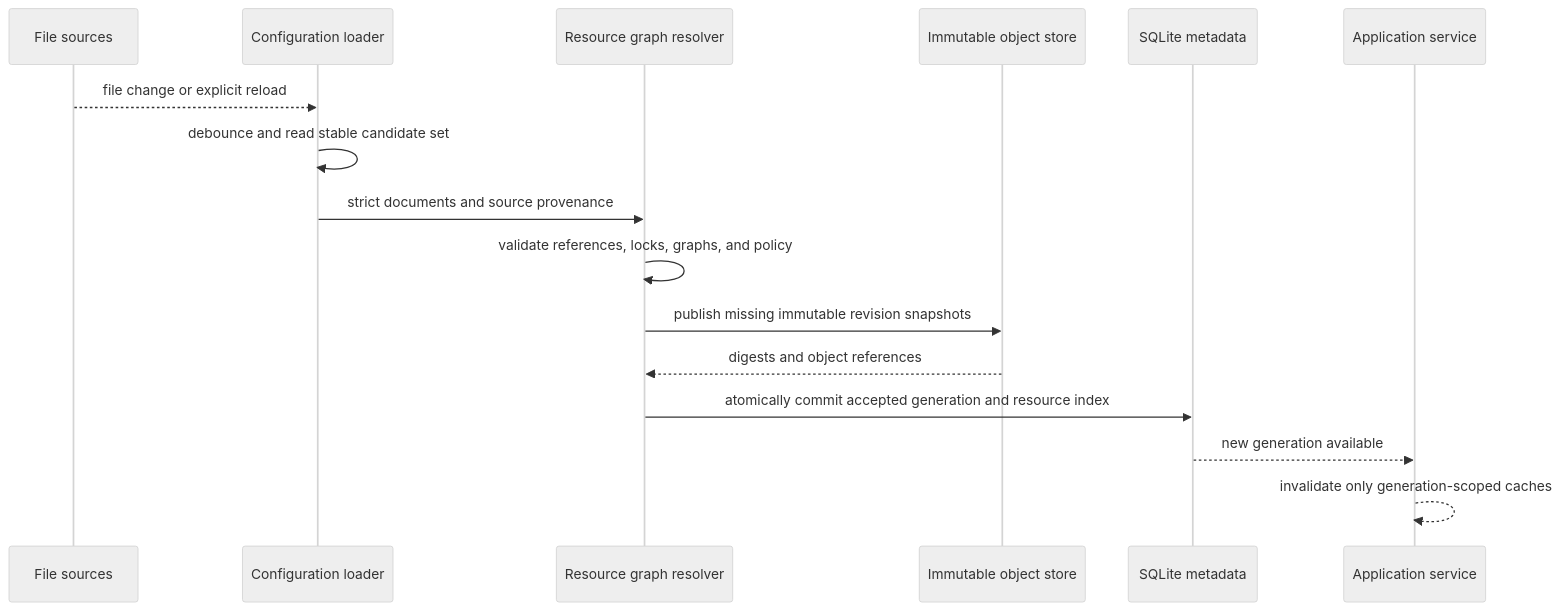
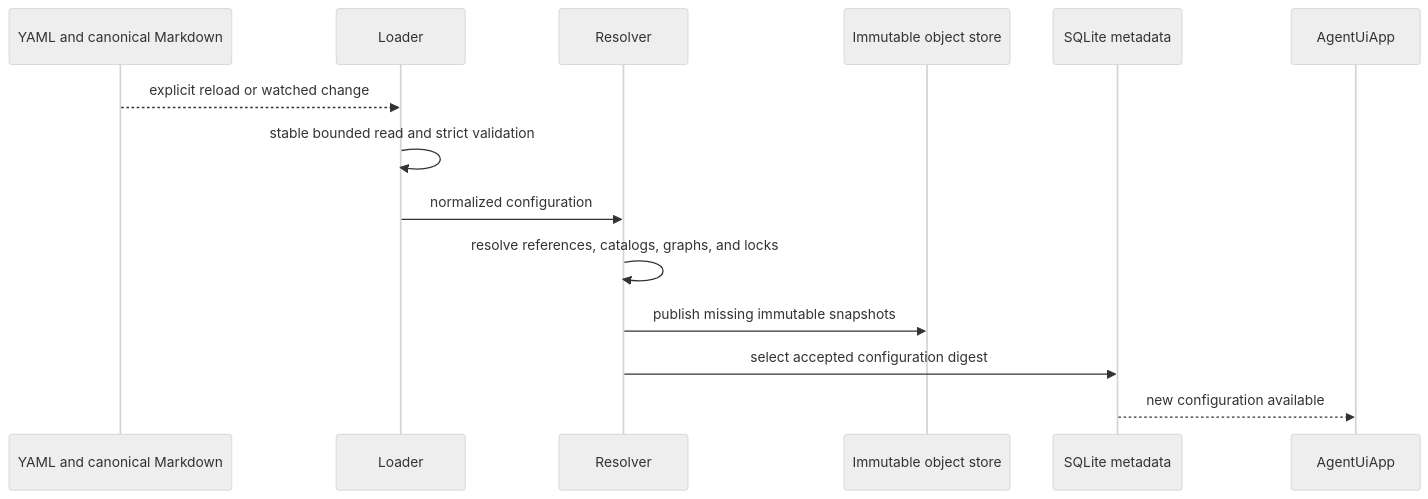
Before and after one commit to LTThreeComma/agent-foundation: the diagram in spec/agent-ui/01-configuration-and-resource-catalog.md, drawn with Mermaid (neutral theme). The commit also changed other lines of this file and 125 other files, not shown here.

````diff
--- a/spec/agent-ui/01-configuration-and-resource-catalog.md
+++ b/spec/agent-ui/01-configuration-and-resource-catalog.md
@@ -248,19 +146,17 @@
 ```mermaid
 sequenceDiagram
-    participant Source as File sources
-    participant Loader as Configuration loader
-    participant Resolver as Resource graph resolver
+    participant Files as YAML and canonical Markdown
+    participant Loader
+    participant Resolver
     participant Objects as Immutable object store
     participant DB as SQLite metadata
-    participant App as Application service
+    participant App as AgentUiApp
 
-    Source-->>Loader: file change or explicit reload
-    Loader->>Loader: debounce and read stable candidate set
-    Loader->>Resolver: strict documents and source provenance
-    Resolver->>Resolver: validate references, locks, graphs, and policy
-    Resolver->>Objects: publish missing immutable revision snapshots
-    Objects-->>Resolver: digests and object references
-    Resolver->>DB: atomically commit accepted generation and resource index
-    DB-->>App: new generation available
-    App-->>App: invalidate only generation-scoped caches
+    Files-->>Loader: explicit reload or watched change
+    Loader->>Loader: stable bounded read and strict validation
+    Loader->>Resolver: normalized configuration
+    Resolver->>Resolver: resolve references, catalogs, graphs, and locks
+    Resolver->>Objects: publish missing immutable snapshots
+    Resolver->>DB: select accepted configuration digest
+    DB-->>App: new configuration available
 ```
````
